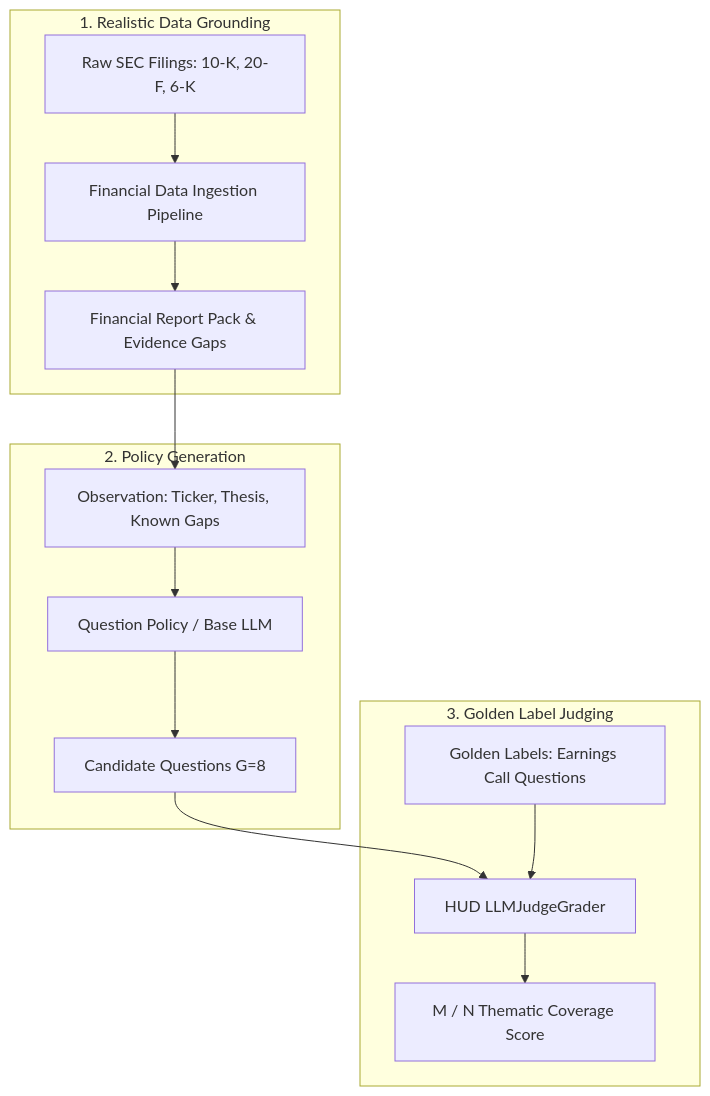
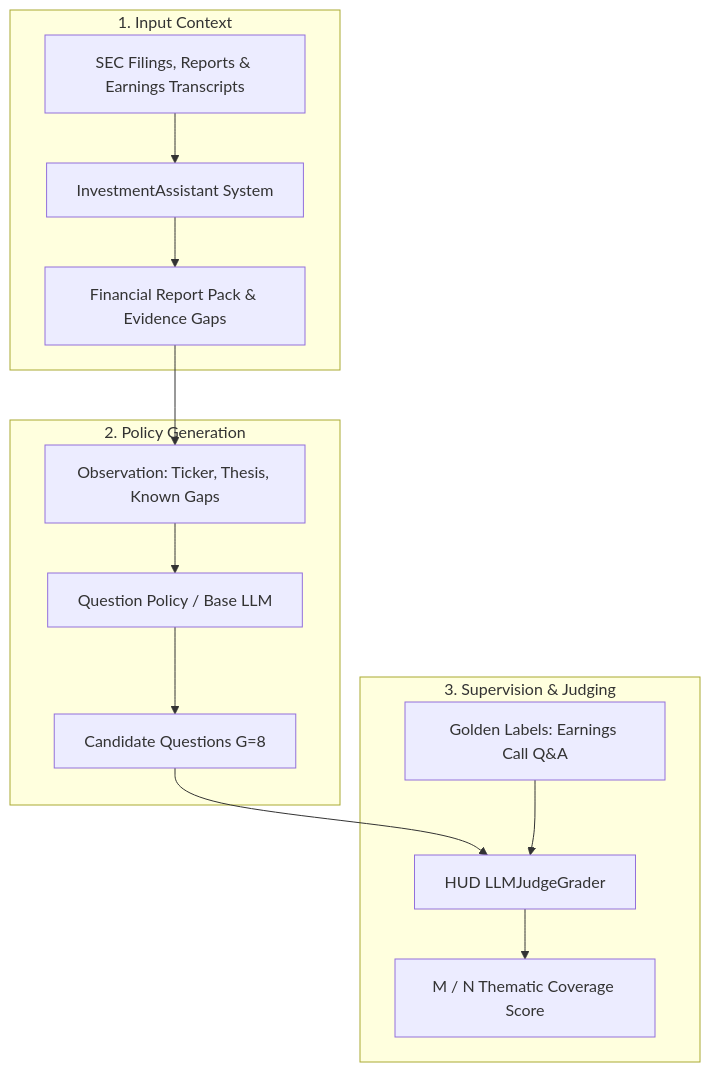
The second of 2 diagrams in docs/hackathon_submission.md (kuanglixie/investment-assistant-question-rl), drawn with Mermaid before and after one commit. The commit also changed other lines of this file, not shown here.

Commit message:
docs: refine hackathon submission with Input/Output context and AnalysisGap branding

````diff
--- a/docs/hackathon_submission.md
+++ b/docs/hackathon_submission.md
@@ -39,17 +41,17 @@
 ```mermaid
 flowchart TD
-    subgraph 1. Realistic Data Grounding
-        SEC[Raw SEC Filings: 10-K, 20-F, 6-K] --> Core[Financial Data Ingestion Pipeline]
+    subgraph 1. Input Context
+        SEC[SEC Filings, Reports & Earnings Transcripts] --> Core[InvestmentAssistant System]
         Core --> Pack[Financial Report Pack & Evidence Gaps]
     end
     subgraph 2. Policy Generation
         Pack --> Obs[Observation: Ticker, Thesis, Known Gaps]
         Obs --> Policy[Question Policy / Base LLM]
         Policy --> Cand[Candidate Questions G=8]
     end
-    subgraph 3. Golden Label Judging
+    subgraph 3. Supervision & Judging
         Cand --> Judge[HUD LLMJudgeGrader]
-        Earn[Golden Labels: Earnings Call Questions] --> Judge
+        Earn[Golden Labels: Earnings Call Q&A] --> Judge
         Judge --> Score[M / N Thematic Coverage Score]
     end
 ```
````
